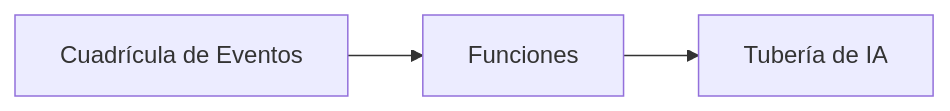
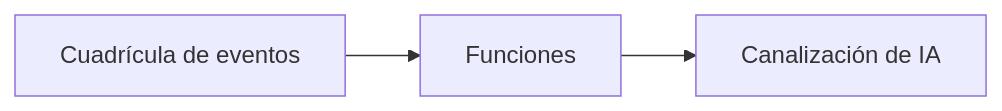
The second of 2 diagrams in translations/es/docs/chapter-08-production/README.md (microsoft/AZD-for-beginners), drawn with Mermaid before and after one commit. The commit also changed other lines of this file and 99 other files, not shown here.

````diff
--- a/translations/es/docs/chapter-08-production/README.md
+++ b/translations/es/docs/chapter-08-production/README.md
@@ -54,4 +56,4 @@
 ```mermaid
 graph LR
-    EventGrid[Cuadrícula de Eventos] --> Functions[Funciones] --> Pipeline[Tubería de IA]
+    EventGrid[Cuadrícula de eventos] --> Functions[Funciones] --> Pipeline[Canalización de IA]
 ```
````
